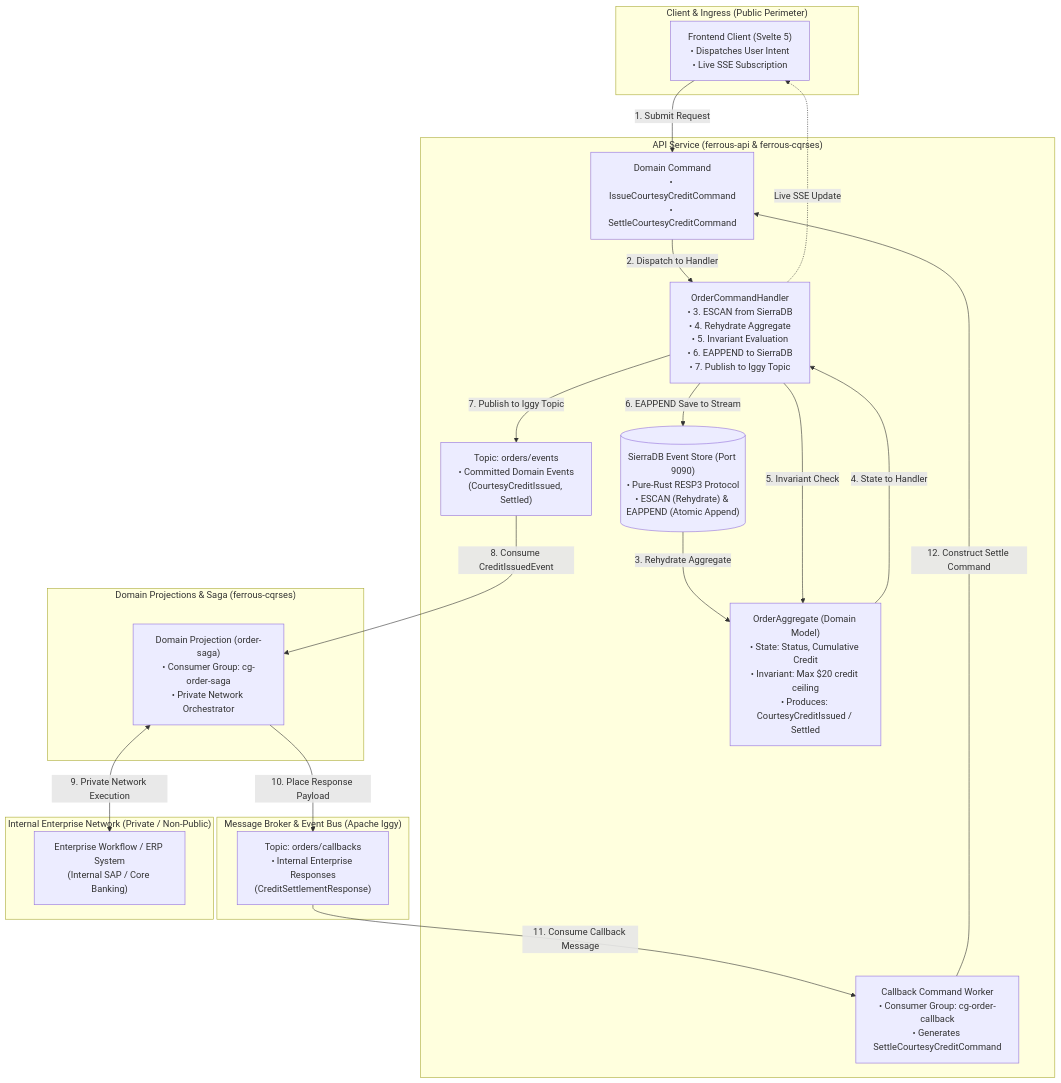
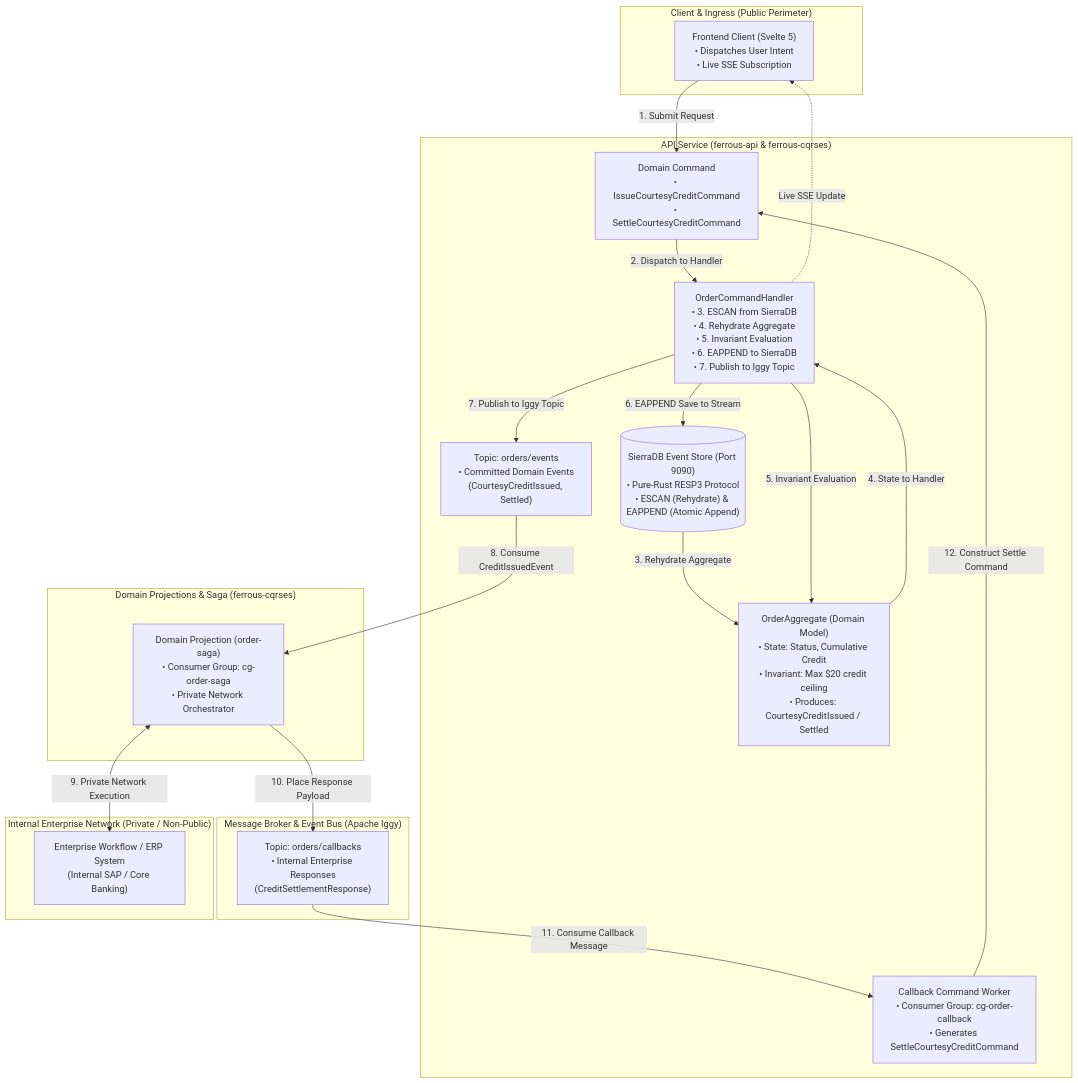
Before and after one commit to reidlai/ferrous-cx: the first of 2 diagrams in README.md, drawn with Mermaid.

Commit message:
docs(architecture): rename step 5 to Invariant Evaluation

````diff
--- a/README.md
+++ b/README.md
@@ -42,49 +42,49 @@
 ```mermaid
 flowchart TD
     subgraph Client_Tier ["Client & Ingress (Public Perimeter)"]
         Client["Frontend Client (Svelte 5)<br/>• Dispatches User Intent<br/>• Live SSE Subscription"]
     end
 
     subgraph API_Tier ["API Service (ferrous-api & ferrous-cqrses)"]
         Command["Domain Command<br/>• IssueCourtesyCreditCommand<br/>• SettleCourtesyCreditCommand"]
         CommandHandler["OrderCommandHandler<br/>• 3. ESCAN from SierraDB<br/>• 4. Rehydrate Aggregate<br/>• 5. Invariant Evaluation<br/>• 6. EAPPEND to SierraDB<br/>• 7. Publish to Iggy Topic"]
         Aggregate["OrderAggregate (Domain Model)<br/>• State: Status, Cumulative Credit<br/>• Invariant: Max $20 credit ceiling<br/>• Produces: CourtesyCreditIssued / Settled"]
         CallbackWorker["Callback Command Worker<br/>• Consumer Group: cg-order-callback<br/>• Generates SettleCourtesyCreditCommand"]
         SierraDB[("SierraDB Event Store (Port 9090)<br/>• Pure-Rust RESP3 Protocol<br/>• ESCAN (Rehydrate) & EAPPEND (Atomic Append)")]
 
         Command -->|"2. Dispatch to Handler"| CommandHandler
         SierraDB -->|"3. Rehydrate Aggregate"| Aggregate        
         Aggregate -->|"4. State to Handler"| CommandHandler
-        CommandHandler -->|"5. Invariant Check"| Aggregate
+        CommandHandler -->|"5. Invariant Evaluation"| Aggregate
         CommandHandler -->|"6. EAPPEND Save to Stream"| SierraDB
         CommandHandler -->|"7. Publish to Iggy Topic"| IggyEvents
     end
 
     subgraph Streaming_Fabric ["Message Broker & Event Bus (Apache Iggy)"]
         IggyEvents["Topic: orders/events<br/>• Committed Domain Events<br/>(CourtesyCreditIssued, Settled)"]
         IggyCallbacks["Topic: orders/callbacks<br/>• Internal Enterprise Responses<br/>(CreditSettlementResponse)"]
     end
 
     subgraph Projection_Tier ["Domain Projections & Saga (ferrous-cqrses)"]
         DomainProjection["Domain Projection (order-saga)<br/>• Consumer Group: cg-order-saga<br/>• Private Network Orchestrator"]
     end
 
     subgraph Enterprise_Tier ["Internal Enterprise Network (Private / Non-Public)"]
         EnterpriseWorkflow["Enterprise Workflow / ERP System<br/>(Internal SAP / Core Banking)"]
     end
 
     %% Step 1: User Command Ingestion
     Client -->|"1. Submit Request"| Command
     CommandHandler -.->|"Live SSE Update"| Client
 
     %% Step 2: Domain Projection Consumption
     IggyEvents -->|"8. Consume CreditIssuedEvent"| DomainProjection
     DomainProjection <-->|"9. Private Network Execution"| EnterpriseWorkflow
 
     %% Step 3: Callback Queue Placement
     DomainProjection -->|"10. Place Response Payload"| IggyCallbacks
 
     %% Step 4: Callback to Command Loop
     IggyCallbacks -->|"11. Consume Callback Message"| CallbackWorker
     CallbackWorker -->|"12. Construct Settle Command"| Command
 ```
````
